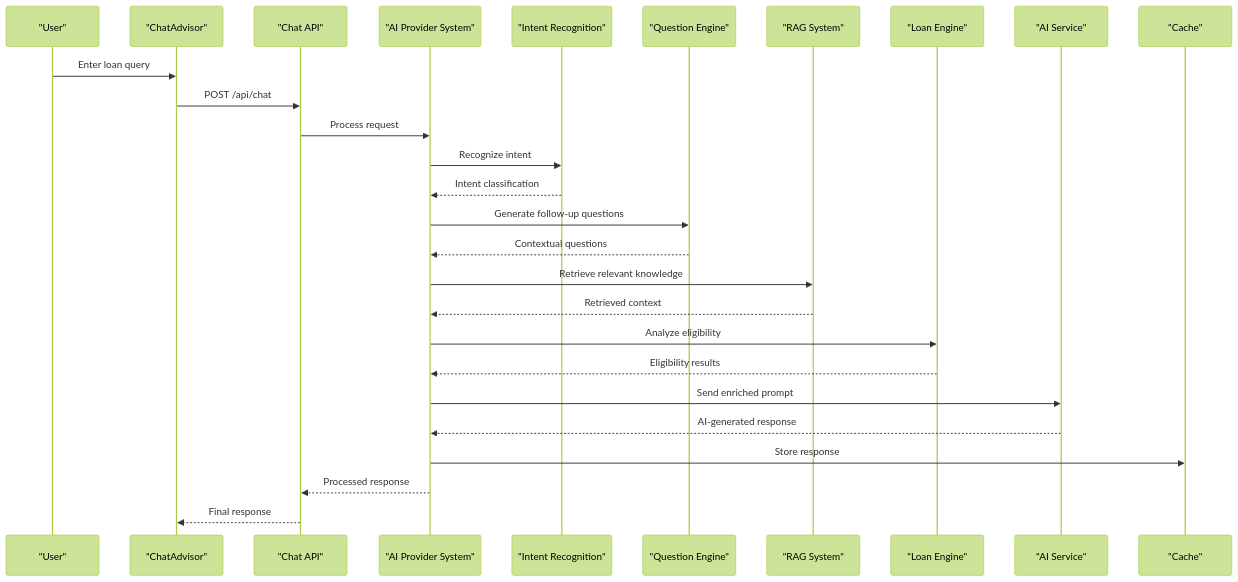
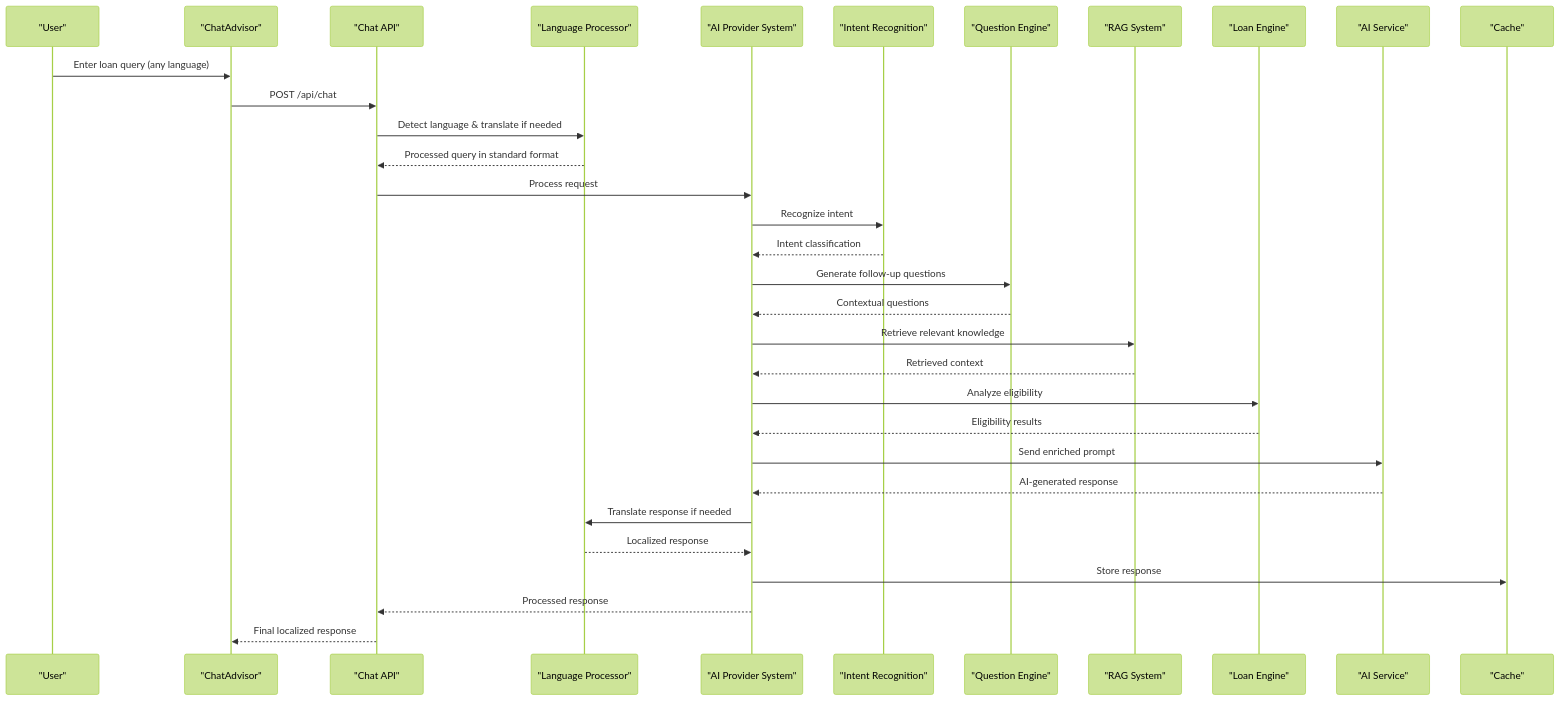
The second of 9 diagrams in .qoder/repowiki/en/content/Chat Interface/AI Processing Engine.md (alibaba-hackathon-fsi/frontend-vaya), drawn with Mermaid (forest theme) before and after one commit. The commit also changed other lines of this file and 36 other files, not shown here.

````diff
--- a/.qoder/repowiki/en/content/Chat Interface/AI Processing Engine.md
+++ b/.qoder/repowiki/en/content/Chat Interface/AI Processing Engine.md
@@ -137,29 +143,34 @@
 ```mermaid
 sequenceDiagram
 participant User as "User"
 participant UI as "ChatAdvisor"
 participant ChatAPI as "Chat API"
+participant LangProc as "Language Processor"
 participant ProviderSys as "AI Provider System"
 participant IntentEng as "Intent Recognition"
 participant QuestionEng as "Question Engine"
 participant RAG as "RAG System"
 participant LoanEng as "Loan Engine"
 participant AISvc as "AI Service"
 participant Cache as "Cache"
-User->>UI : Enter loan query
+User->>UI : Enter loan query (any language)
 UI->>ChatAPI : POST /api/chat
+ChatAPI->>LangProc : Detect language & translate if needed
+LangProc-->>ChatAPI : Processed query in standard format
 ChatAPI->>ProviderSys : Process request
 ProviderSys->>IntentEng : Recognize intent
 IntentEng-->>ProviderSys : Intent classification
 ProviderSys->>QuestionEng : Generate follow-up questions
 QuestionEng-->>ProviderSys : Contextual questions
 ProviderSys->>RAG : Retrieve relevant knowledge
 RAG-->>ProviderSys : Retrieved context
 ProviderSys->>LoanEng : Analyze eligibility
 LoanEng-->>ProviderSys : Eligibility results
 ProviderSys->>AISvc : Send enriched prompt
 AISvc-->>ProviderSys : AI-generated response
+ProviderSys->>LangProc : Translate response if needed
+LangProc-->>ProviderSys : Localized response
 ProviderSys->>Cache : Store response
 ProviderSys-->>ChatAPI : Processed response
-ChatAPI-->>UI : Final response
+ChatAPI-->>UI : Final localized response
 ```
````
